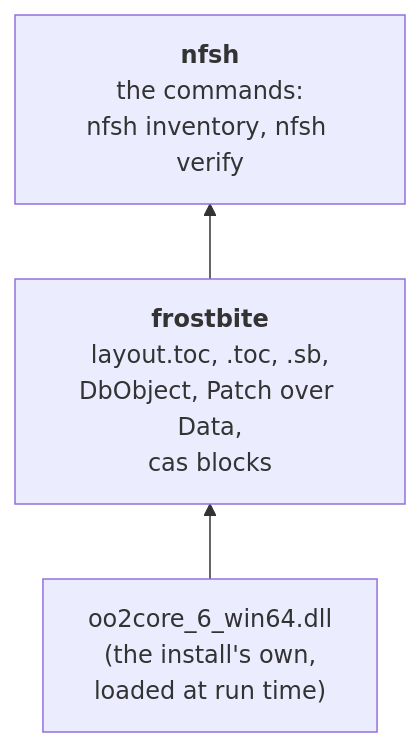
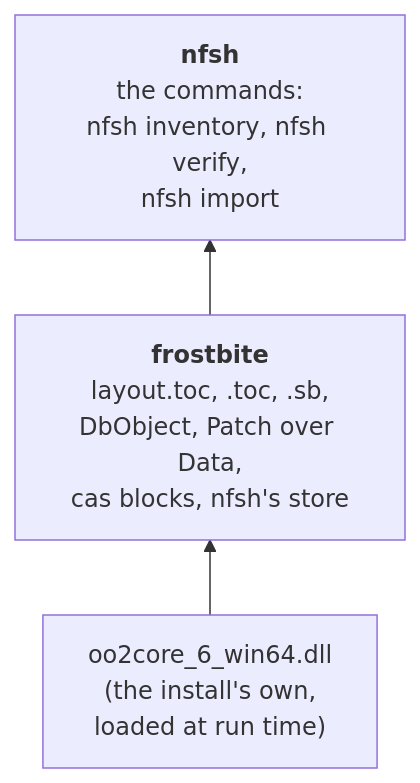
The second of 4 diagrams in docs/OVERVIEW.md (cmprssd/nfsh), drawn with Mermaid before and after one commit. The commit also changed other lines of this file and 14 other files, not shown here.

First line of the commit message:
feat: nfsh import copies the live data into nfsh's own store; release 0.3.0 (#6)

````diff
--- a/docs/OVERVIEW.md
+++ b/docs/OVERVIEW.md
@@ -60,8 +60,8 @@
 ```mermaid
 flowchart BT
-    fb["<b>frostbite</b><br/>layout.toc, .toc, .sb,<br/>DbObject, Patch over Data,<br/>cas blocks"]
+    fb["<b>frostbite</b><br/>layout.toc, .toc, .sb,<br/>DbObject, Patch over Data,<br/>cas blocks, nfsh's store"]
     oo["oo2core_6_win64.dll<br/>(the install's own,<br/>loaded at run time)"]
-    app["<b>nfsh</b><br/>the commands:<br/>nfsh inventory, nfsh verify"]
+    app["<b>nfsh</b><br/>the commands:<br/>nfsh inventory, nfsh verify,<br/>nfsh import"]
     oo --> fb
     fb --> app
 ```
````
